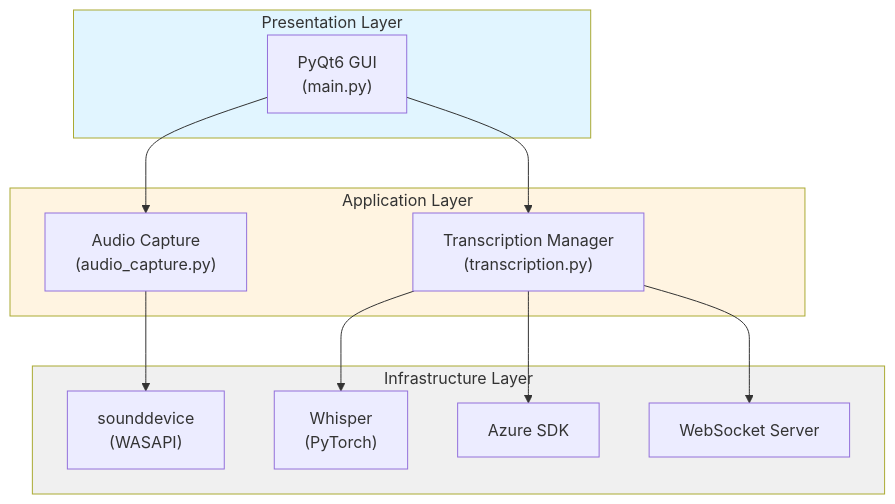
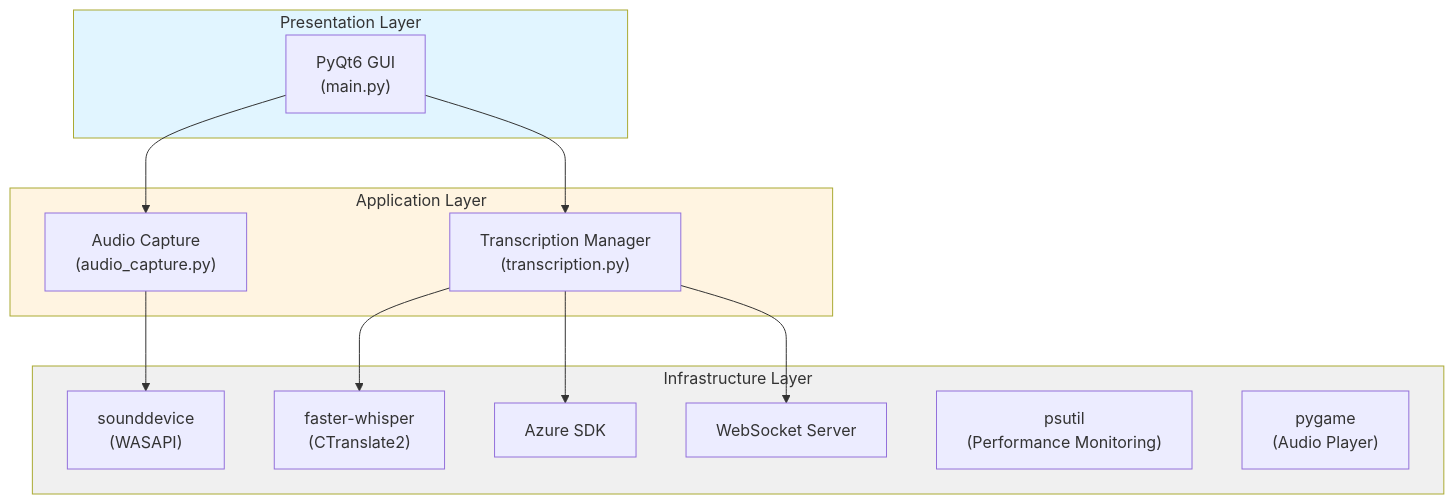
Before and after one commit to naveengarla/meeting-transcription: the first of 8 diagrams in docs/ARCHITECTURE.md, drawn with Mermaid. The commit also changed other lines of this file and 4 other files, not shown here.

````diff
--- a/docs/ARCHITECTURE.md
+++ b/docs/ARCHITECTURE.md
@@ -29,29 +33,31 @@
 ```mermaid
 graph TB
     subgraph Presentation["Presentation Layer"]
         GUI["PyQt6 GUI<br/>(main.py)"]
     end
     
     subgraph Application["Application Layer"]
         AC["Audio Capture<br/>(audio_capture.py)"]
         TM["Transcription Manager<br/>(transcription.py)"]
     end
     
     subgraph Infrastructure["Infrastructure Layer"]
         SD["sounddevice<br/>(WASAPI)"]
-        WH["Whisper<br/>(PyTorch)"]
+        WH["faster-whisper<br/>(CTranslate2)"]
         AZ["Azure SDK"]
         WS["WebSocket Server"]
+        PS["psutil<br/>(Performance Monitoring)"]
+        PG["pygame<br/>(Audio Player)"]
     end
     
     GUI --> AC
     GUI --> TM
     AC --> SD
     TM --> WH
     TM --> AZ
     TM --> WS
     
     style Presentation fill:#e1f5ff
     style Application fill:#fff4e1
     style Infrastructure fill:#f0f0f0
 ```
````
